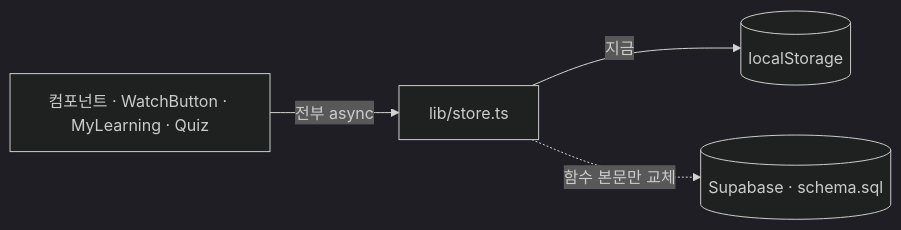
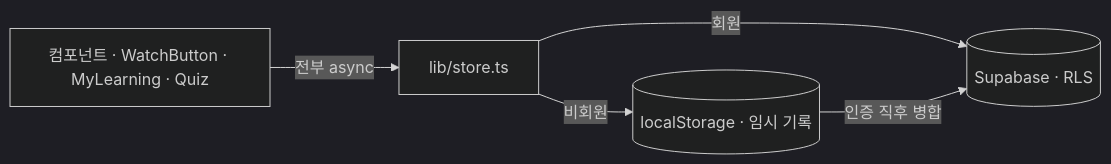
Before and after one commit to Tokenaires-hancom/tokenaires_wisor: the sixth of 7 diagrams in docs/system-design.md, drawn with Mermaid (dark theme). The commit also changed other lines of this file and 3 other files, not shown here.

````diff
--- a/docs/system-design.md
+++ b/docs/system-design.md
@@ -249,6 +251,7 @@
 ```mermaid
 flowchart LR
     C["컴포넌트 · WatchButton · MyLearning · Quiz"] -->|"전부 async"| S["lib/store.ts"]
-    S -->|"지금"| LS[("localStorage")]
-    S -.->|"함수 본문만 교체"| SB[("Supabase · schema.sql")]
+    S -->|"비회원"| LS[("localStorage · 임시 기록")]
+    S -->|"회원"| SB[("Supabase · RLS")]
+    LS -->|"인증 직후 병합"| SB
 ```
````
